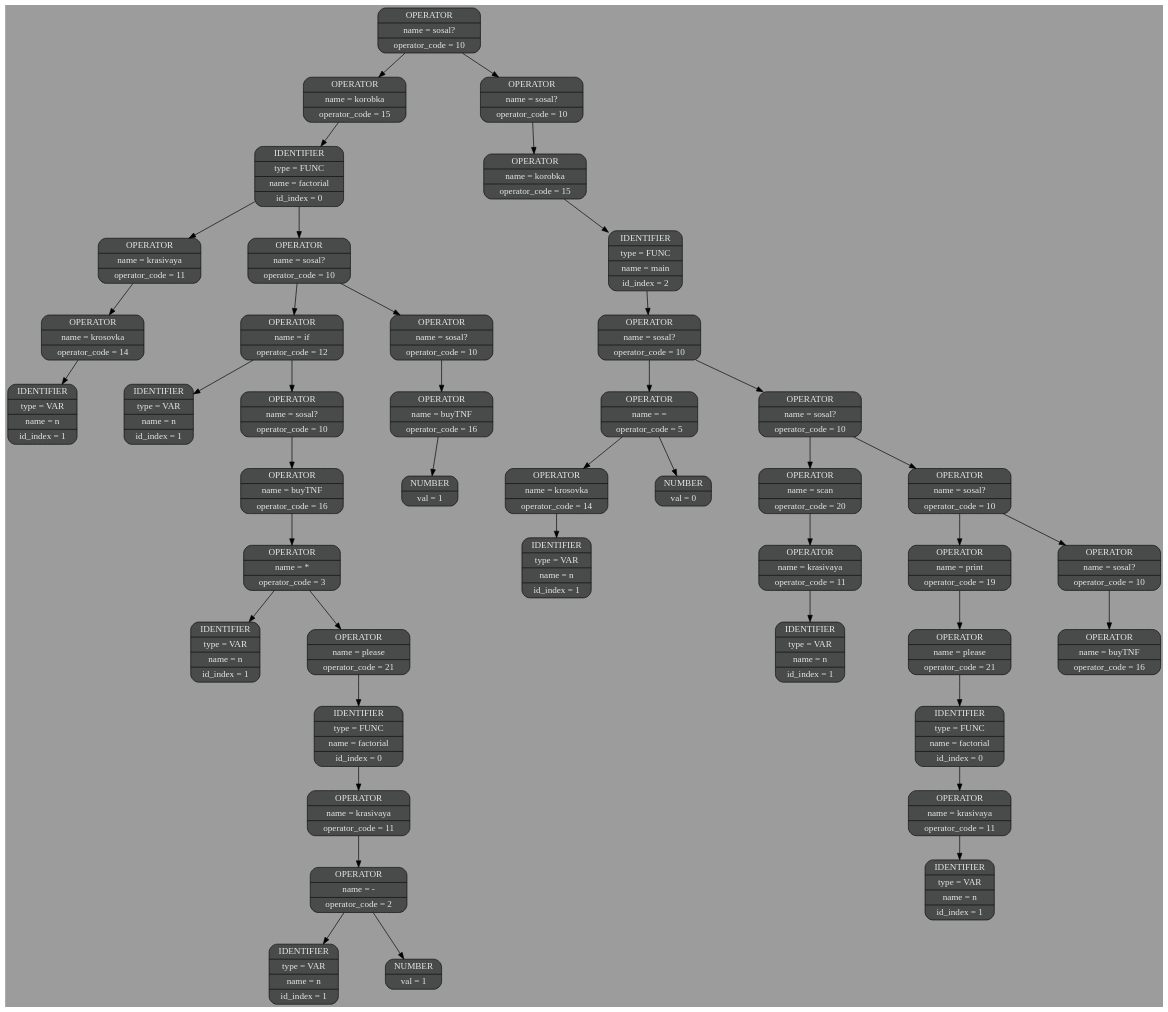
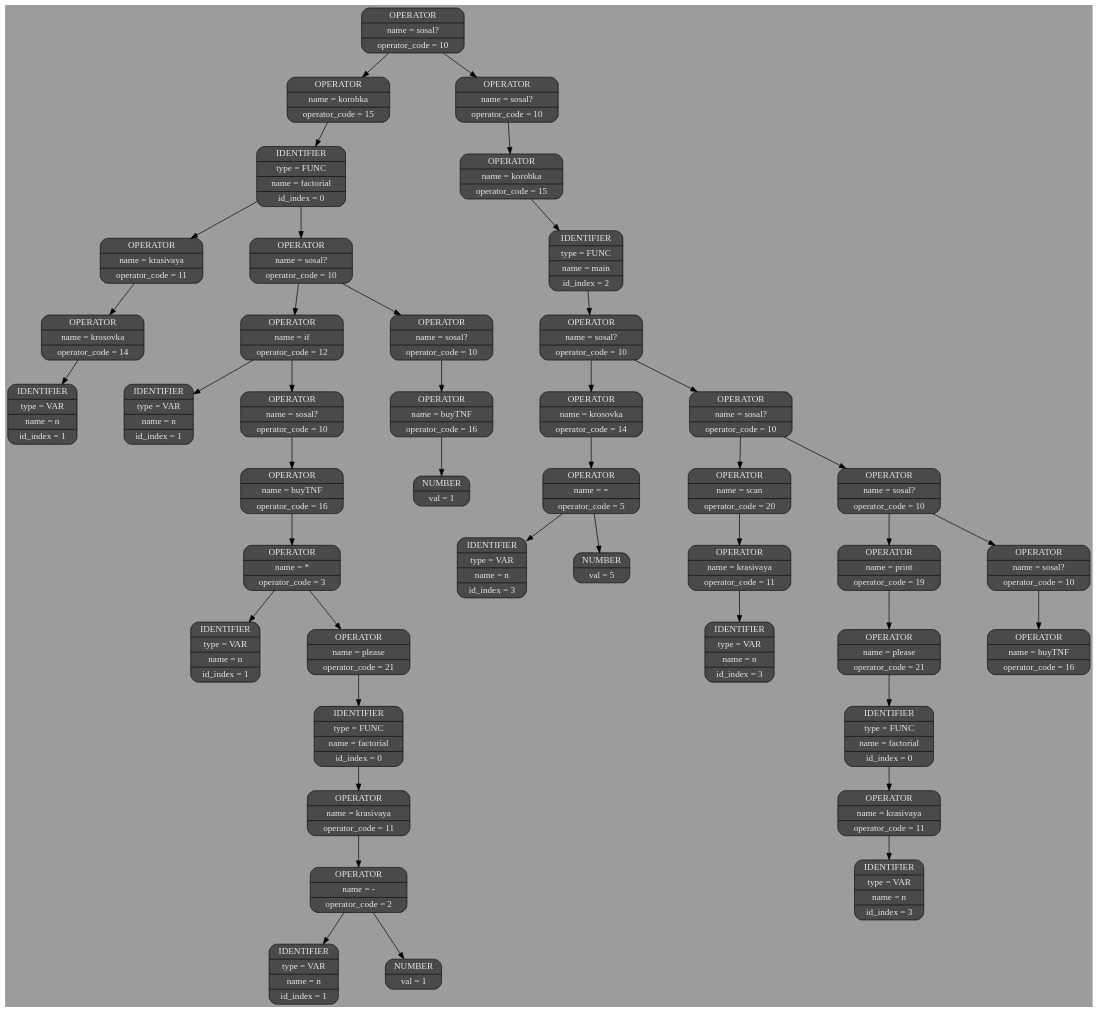
The diagram in backend/logs/dot_files/000.dot (sevaphasol/language), drawn with Graphviz before and after one commit. The commit also changed 13 other files, not shown here.

```diff
--- a/backend/logs/dot_files/000.dot
+++ b/backend/logs/dot_files/000.dot
@@ -1,50 +1,50 @@
 digraph G{
 nodesep=1;
 ranksep=0.5;
 rankdir=HR;
 node[style=filled, color="#0a0a0a", fillcolor="#494a4a",fontcolor="#e6e6e6", fontsize=14];
 edge[color="#000000", fontsize=12, penwidth=1, fontcolor = "#49006a"];
 bgcolor="#9c9c9c";
-elem0x7d0f18800010[shape="Mrecord", label= "{OPERATOR | name = sosal? | operator_code = 10}"];
-elem0x7d0f18800010->elem0x7d0f18800038;elem0x7d0f18800038[shape="Mrecord", label= "{OPERATOR | name = korobka | operator_code = 15}"];
-elem0x7d0f18800038->elem0x7d0f18800060;elem0x7d0f18800060[shape="Mrecord", label= "{IDENTIFIER | type = FUNC | name = factorial | id_index = 0}"];
-elem0x7d0f18800060->elem0x7d0f18800088;elem0x7d0f18800088[shape="Mrecord", label= "{OPERATOR | name = krasivaya | operator_code = 11}"];
-elem0x7d0f18800088->elem0x7d0f188000b0;elem0x7d0f188000b0[shape="Mrecord", label= "{OPERATOR | name = krosovka | operator_code = 14}"];
-elem0x7d0f188000b0->elem0x7d0f188000d8;elem0x7d0f188000d8[shape="Mrecord", label= "{IDENTIFIER | type = VAR | name = n | id_index = 1}"];
-elem0x7d0f18800060->elem0x7d0f18800100;elem0x7d0f18800100[shape="Mrecord", label= "{OPERATOR | name = sosal? | operator_code = 10}"];
-elem0x7d0f18800100->elem0x7d0f18800128;elem0x7d0f18800128[shape="Mrecord", label= "{OPERATOR | name = if | operator_code = 12}"];
-elem0x7d0f18800128->elem0x7d0f18800150;elem0x7d0f18800150[shape="Mrecord", label= "{IDENTIFIER | type = VAR | name = n | id_index = 1}"];
-elem0x7d0f18800128->elem0x7d0f18800178;elem0x7d0f18800178[shape="Mrecord", label= "{OPERATOR | name = sosal? | operator_code = 10}"];
-elem0x7d0f18800178->elem0x7d0f188001a0;elem0x7d0f188001a0[shape="Mrecord", label= "{OPERATOR | name = buyTNF | operator_code = 16}"];
-elem0x7d0f188001a0->elem0x7d0f188001c8;elem0x7d0f188001c8[shape="Mrecord", label= "{OPERATOR | name = * | operator_code = 3}"];
-elem0x7d0f188001c8->elem0x7d0f188001f0;elem0x7d0f188001f0[shape="Mrecord", label= "{IDENTIFIER | type = VAR | name = n | id_index = 1}"];
-elem0x7d0f188001c8->elem0x7d0f18800218;elem0x7d0f18800218[shape="Mrecord", label= "{OPERATOR | name = please | operator_code = 21}"];
-elem0x7d0f18800218->elem0x7d0f18800240;elem0x7d0f18800240[shape="Mrecord", label= "{IDENTIFIER | type = FUNC | name = factorial | id_index = 0}"];
-elem0x7d0f18800240->elem0x7d0f18800268;elem0x7d0f18800268[shape="Mrecord", label= "{OPERATOR | name = krasivaya | operator_code = 11}"];
-elem0x7d0f18800268->elem0x7d0f18800290;elem0x7d0f18800290[shape="Mrecord", label= "{OPERATOR | name = - | operator_code = 2}"];
-elem0x7d0f18800290->elem0x7d0f188002b8;elem0x7d0f188002b8[shape="Mrecord", label= "{IDENTIFIER | type = VAR | name = n | id_index = 1}"];
-elem0x7d0f18800290->elem0x7d0f188002e0;elem0x7d0f188002e0[shape="Mrecord", label= "{NUMBER | val = 1}"];
-elem0x7d0f18800100->elem0x7d0f18800308;elem0x7d0f18800308[shape="Mrecord", label= "{OPERATOR | name = sosal? | operator_code = 10}"];
-elem0x7d0f18800308->elem0x7d0f18800330;elem0x7d0f18800330[shape="Mrecord", label= "{OPERATOR | name = buyTNF | operator_code = 16}"];
-elem0x7d0f18800330->elem0x7d0f18800358;elem0x7d0f18800358[shape="Mrecord", label= "{NUMBER | val = 1}"];
-elem0x7d0f18800010->elem0x7d0f18800380;elem0x7d0f18800380[shape="Mrecord", label= "{OPERATOR | name = sosal? | operator_code = 10}"];
-elem0x7d0f18800380->elem0x7d0f188003a8;elem0x7d0f188003a8[shape="Mrecord", label= "{OPERATOR | name = korobka | operator_code = 15}"];
-elem0x7d0f188003a8->elem0x7d0f188003d0;elem0x7d0f188003d0[shape="Mrecord", label= "{IDENTIFIER | type = FUNC | name = main | id_index = 2}"];
-elem0x7d0f188003d0->elem0x7d0f188003f8;elem0x7d0f188003f8[shape="Mrecord", label= "{OPERATOR | name = sosal? | operator_code = 10}"];
-elem0x7d0f188003f8->elem0x7d0f18800420;elem0x7d0f18800420[shape="Mrecord", label= "{OPERATOR | name = = | operator_code = 5}"];
-elem0x7d0f18800420->elem0x7d0f18800448;elem0x7d0f18800448[shape="Mrecord", label= "{OPERATOR | name = krosovka | operator_code = 14}"];
-elem0x7d0f18800448->elem0x7d0f18800470;elem0x7d0f18800470[shape="Mrecord", label= "{IDENTIFIER | type = VAR | name = n | id_index = 1}"];
-elem0x7d0f18800420->elem0x7d0f18800498;elem0x7d0f18800498[shape="Mrecord", label= "{NUMBER | val = 0}"];
-elem0x7d0f188003f8->elem0x7d0f188004c0;elem0x7d0f188004c0[shape="Mrecord", label= "{OPERATOR | name = sosal? | operator_code = 10}"];
-elem0x7d0f188004c0->elem0x7d0f188004e8;elem0x7d0f188004e8[shape="Mrecord", label= "{OPERATOR | name = scan | operator_code = 20}"];
-elem0x7d0f188004e8->elem0x7d0f18800510;elem0x7d0f18800510[shape="Mrecord", label= "{OPERATOR | name = krasivaya | operator_code = 11}"];
-elem0x7d0f18800510->elem0x7d0f18800538;elem0x7d0f18800538[shape="Mrecord", label= "{IDENTIFIER | type = VAR | name = n | id_index = 1}"];
-elem0x7d0f188004c0->elem0x7d0f18800560;elem0x7d0f18800560[shape="Mrecord", label= "{OPERATOR | name = sosal? | operator_code = 10}"];
-elem0x7d0f18800560->elem0x7d0f18800588;elem0x7d0f18800588[shape="Mrecord", label= "{OPERATOR | name = print | operator_code = 19}"];
-elem0x7d0f18800588->elem0x7d0f188005b0;elem0x7d0f188005b0[shape="Mrecord", label= "{OPERATOR | name = please | operator_code = 21}"];
-elem0x7d0f188005b0->elem0x7d0f188005d8;elem0x7d0f188005d8[shape="Mrecord", label= "{IDENTIFIER | type = FUNC | name = factorial | id_index = 0}"];
-elem0x7d0f188005d8->elem0x7d0f18800600;elem0x7d0f18800600[shape="Mrecord", label= "{OPERATOR | name = krasivaya | operator_code = 11}"];
-elem0x7d0f18800600->elem0x7d0f18800628;elem0x7d0f18800628[shape="Mrecord", label= "{IDENTIFIER | type = VAR | name = n | id_index = 1}"];
-elem0x7d0f18800560->elem0x7d0f18800650;elem0x7d0f18800650[shape="Mrecord", label= "{OPERATOR | name = sosal? | operator_code = 10}"];
-elem0x7d0f18800650->elem0x7d0f18800678;elem0x7d0f18800678[shape="Mrecord", label= "{OPERATOR | name = buyTNF | operator_code = 16}"];
+elem0x7fa0fbc00010[shape="Mrecord", label= "{OPERATOR | name = sosal? | operator_code = 10}"];
+elem0x7fa0fbc00010->elem0x7fa0fbc00038;elem0x7fa0fbc00038[shape="Mrecord", label= "{OPERATOR | name = korobka | operator_code = 15}"];
+elem0x7fa0fbc00038->elem0x7fa0fbc00060;elem0x7fa0fbc00060[shape="Mrecord", label= "{IDENTIFIER | type = FUNC | name = factorial | id_index = 0}"];
+elem0x7fa0fbc00060->elem0x7fa0fbc00088;elem0x7fa0fbc00088[shape="Mrecord", label= "{OPERATOR | name = krasivaya | operator_code = 11}"];
+elem0x7fa0fbc00088->elem0x7fa0fbc000b0;elem0x7fa0fbc000b0[shape="Mrecord", label= "{OPERATOR | name = krosovka | operator_code = 14}"];
+elem0x7fa0fbc000b0->elem0x7fa0fbc000d8;elem0x7fa0fbc000d8[shape="Mrecord", label= "{IDENTIFIER | type = VAR | name = n | id_index = 1}"];
+elem0x7fa0fbc00060->elem0x7fa0fbc00100;elem0x7fa0fbc00100[shape="Mrecord", label= "{OPERATOR | name = sosal? | operator_code = 10}"];
+elem0x7fa0fbc00100->elem0x7fa0fbc00128;elem0x7fa0fbc00128[shape="Mrecord", label= "{OPERATOR | name = if | operator_code = 12}"];
+elem0x7fa0fbc00128->elem0x7fa0fbc00150;elem0x7fa0fbc00150[shape="Mrecord", label= "{IDENTIFIER | type = VAR | name = n | id_index = 1}"];
+elem0x7fa0fbc00128->elem0x7fa0fbc00178;elem0x7fa0fbc00178[shape="Mrecord", label= "{OPERATOR | name = sosal? | operator_code = 10}"];
+elem0x7fa0fbc00178->elem0x7fa0fbc001a0;elem0x7fa0fbc001a0[shape="Mrecord", label= "{OPERATOR | name = buyTNF | operator_code = 16}"];
+elem0x7fa0fbc001a0->elem0x7fa0fbc001c8;elem0x7fa0fbc001c8[shape="Mrecord", label= "{OPERATOR | name = * | operator_code = 3}"];
+elem0x7fa0fbc001c8->elem0x7fa0fbc001f0;elem0x7fa0fbc001f0[shape="Mrecord", label= "{IDENTIFIER | type = VAR | name = n | id_index = 1}"];
+elem0x7fa0fbc001c8->elem0x7fa0fbc00218;elem0x7fa0fbc00218[shape="Mrecord", label= "{OPERATOR | name = please | operator_code = 21}"];
+elem0x7fa0fbc00218->elem0x7fa0fbc00240;elem0x7fa0fbc00240[shape="Mrecord", label= "{IDENTIFIER | type = FUNC | name = factorial | id_index = 0}"];
+elem0x7fa0fbc00240->elem0x7fa0fbc00268;elem0x7fa0fbc00268[shape="Mrecord", label= "{OPERATOR | name = krasivaya | operator_code = 11}"];
+elem0x7fa0fbc00268->elem0x7fa0fbc00290;elem0x7fa0fbc00290[shape="Mrecord", label= "{OPERATOR | name = - | operator_code = 2}"];
+elem0x7fa0fbc00290->elem0x7fa0fbc002b8;elem0x7fa0fbc002b8[shape="Mrecord", label= "{IDENTIFIER | type = VAR | name = n | id_index = 1}"];
+elem0x7fa0fbc00290->elem0x7fa0fbc002e0;elem0x7fa0fbc002e0[shape="Mrecord", label= "{NUMBER | val = 1}"];
+elem0x7fa0fbc00100->elem0x7fa0fbc00308;elem0x7fa0fbc00308[shape="Mrecord", label= "{OPERATOR | name = sosal? | operator_code = 10}"];
+elem0x7fa0fbc00308->elem0x7fa0fbc00330;elem0x7fa0fbc00330[shape="Mrecord", label= "{OPERATOR | name = buyTNF | operator_code = 16}"];
+elem0x7fa0fbc00330->elem0x7fa0fbc00358;elem0x7fa0fbc00358[shape="Mrecord", label= "{NUMBER | val = 1}"];
+elem0x7fa0fbc00010->elem0x7fa0fbc00380;elem0x7fa0fbc00380[shape="Mrecord", label= "{OPERATOR | name = sosal? | operator_code = 10}"];
+elem0x7fa0fbc00380->elem0x7fa0fbc003a8;elem0x7fa0fbc003a8[shape="Mrecord", label= "{OPERATOR | name = korobka | operator_code = 15}"];
+elem0x7fa0fbc003a8->elem0x7fa0fbc003d0;elem0x7fa0fbc003d0[shape="Mrecord", label= "{IDENTIFIER | type = FUNC | name = main | id_index = 2}"];
+elem0x7fa0fbc003d0->elem0x7fa0fbc003f8;elem0x7fa0fbc003f8[shape="Mrecord", label= "{OPERATOR | name = sosal? | operator_code = 10}"];
+elem0x7fa0fbc003f8->elem0x7fa0fbc00420;elem0x7fa0fbc00420[shape="Mrecord", label= "{OPERATOR | name = krosovka | operator_code = 14}"];
+elem0x7fa0fbc00420->elem0x7fa0fbc00448;elem0x7fa0fbc00448[shape="Mrecord", label= "{OPERATOR | name = = | operator_code = 5}"];
+elem0x7fa0fbc00448->elem0x7fa0fbc00470;elem0x7fa0fbc00470[shape="Mrecord", label= "{IDENTIFIER | type = VAR | name = n | id_index = 3}"];
+elem0x7fa0fbc00448->elem0x7fa0fbc00498;elem0x7fa0fbc00498[shape="Mrecord", label= "{NUMBER | val = 5}"];
+elem0x7fa0fbc003f8->elem0x7fa0fbc004c0;elem0x7fa0fbc004c0[shape="Mrecord", label= "{OPERATOR | name = sosal? | operator_code = 10}"];
+elem0x7fa0fbc004c0->elem0x7fa0fbc004e8;elem0x7fa0fbc004e8[shape="Mrecord", label= "{OPERATOR | name = scan | operator_code = 20}"];
+elem0x7fa0fbc004e8->elem0x7fa0fbc00510;elem0x7fa0fbc00510[shape="Mrecord", label= "{OPERATOR | name = krasivaya | operator_code = 11}"];
+elem0x7fa0fbc00510->elem0x7fa0fbc00538;elem0x7fa0fbc00538[shape="Mrecord", label= "{IDENTIFIER | type = VAR | name = n | id_index = 3}"];
+elem0x7fa0fbc004c0->elem0x7fa0fbc00560;elem0x7fa0fbc00560[shape="Mrecord", label= "{OPERATOR | name = sosal? | operator_code = 10}"];
+elem0x7fa0fbc00560->elem0x7fa0fbc00588;elem0x7fa0fbc00588[shape="Mrecord", label= "{OPERATOR | name = print | operator_code = 19}"];
+elem0x7fa0fbc00588->elem0x7fa0fbc005b0;elem0x7fa0fbc005b0[shape="Mrecord", label= "{OPERATOR | name = please | operator_code = 21}"];
+elem0x7fa0fbc005b0->elem0x7fa0fbc005d8;elem0x7fa0fbc005d8[shape="Mrecord", label= "{IDENTIFIER | type = FUNC | name = factorial | id_index = 0}"];
+elem0x7fa0fbc005d8->elem0x7fa0fbc00600;elem0x7fa0fbc00600[shape="Mrecord", label= "{OPERATOR | name = krasivaya | operator_code = 11}"];
+elem0x7fa0fbc00600->elem0x7fa0fbc00628;elem0x7fa0fbc00628[shape="Mrecord", label= "{IDENTIFIER | type = VAR | name = n | id_index = 3}"];
+elem0x7fa0fbc00560->elem0x7fa0fbc00650;elem0x7fa0fbc00650[shape="Mrecord", label= "{OPERATOR | name = sosal? | operator_code = 10}"];
+elem0x7fa0fbc00650->elem0x7fa0fbc00678;elem0x7fa0fbc00678[shape="Mrecord", label= "{OPERATOR | name = buyTNF | operator_code = 16}"];
 }
```
